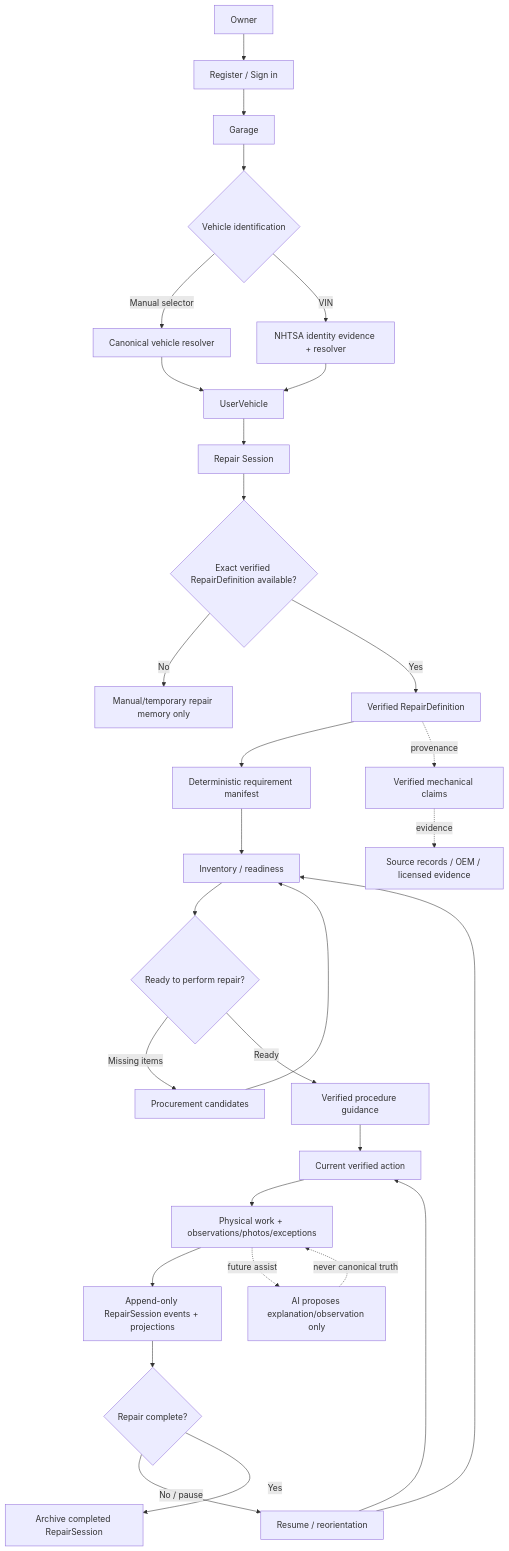
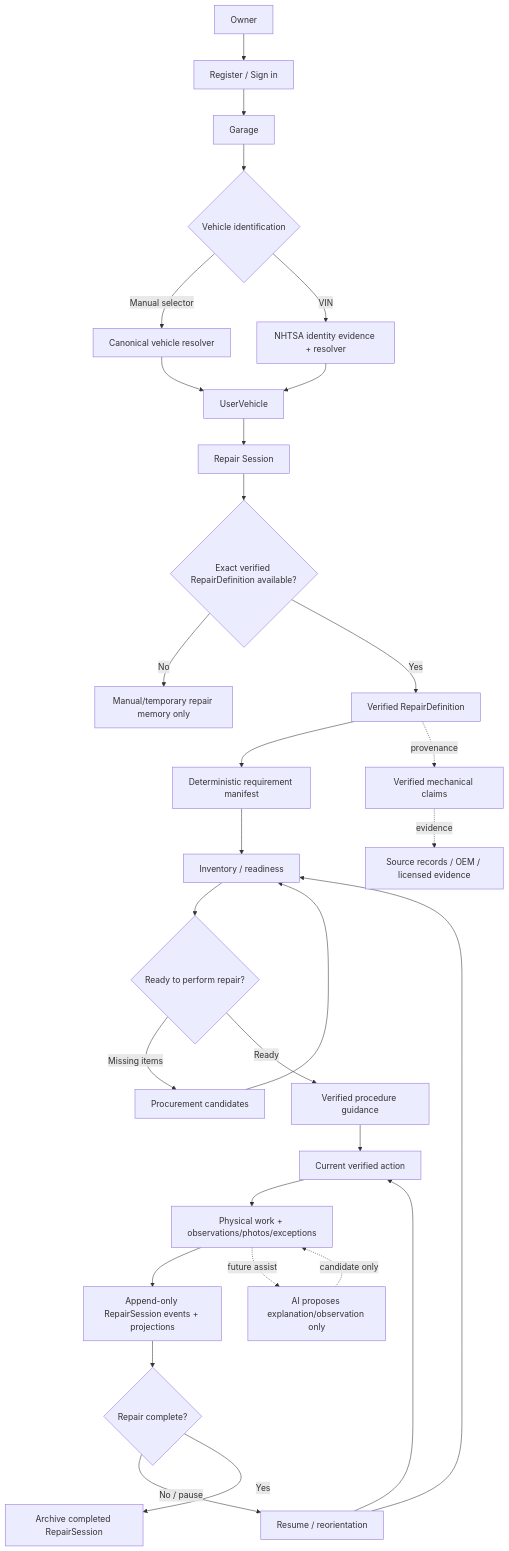
The first of 9 diagrams in docs/PARTGRAPH_SYSTEM_UML.md (Vivek-k24/forgebridge-demo), drawn with Mermaid before and after one commit. The commit also changed other lines of this file, not shown here.

Commit message:
Harden Mermaid UML rendering syntax

````diff
--- a/docs/PARTGRAPH_SYSTEM_UML.md
+++ b/docs/PARTGRAPH_SYSTEM_UML.md
@@ -15,36 +15,36 @@
 ```mermaid
 flowchart TD
     U[Owner] --> AUTH[Register / Sign in]
     AUTH --> GARAGE[Garage]
     GARAGE --> IDENTIFY{Vehicle identification}
     IDENTIFY -->|Manual selector| SELECT[Canonical vehicle resolver]
     IDENTIFY -->|VIN| VIN[NHTSA identity evidence + resolver]
     SELECT --> UV[UserVehicle]
     VIN --> UV
 
     UV --> RS[Repair Session]
     RS --> BIND{Exact verified RepairDefinition available?}
     BIND -->|No| MANUAL[Manual/temporary repair memory only]
     BIND -->|Yes| RD[Verified RepairDefinition]
 
     RD --> MANIFEST[Deterministic requirement manifest]
     MANIFEST --> READY[Inventory / readiness]
     READY --> HAVE{Ready to perform repair?}
     HAVE -->|Missing items| PROCURE[Procurement candidates]
     PROCURE --> READY
     HAVE -->|Ready| PROCEDURE[Verified procedure guidance]
 
     PROCEDURE --> ACTION[Current verified action]
     ACTION --> OBSERVE[Physical work + observations/photos/exceptions]
     OBSERVE --> STATE[Append-only RepairSession events + projections]
     STATE --> DONE{Repair complete?}
     DONE -->|No / pause| RESUME[Resume / reorientation]
     RESUME --> READY
     RESUME --> ACTION
     DONE -->|Yes| ARCHIVE[Archive completed RepairSession]
 
     RD -. provenance .-> CLAIMS[Verified mechanical claims]
     CLAIMS -. evidence .-> SOURCES[Source records / OEM / licensed evidence]
     OBSERVE -. future assist .-> AI[AI proposes explanation/observation only]
-    AI -. never canonical truth .-> OBSERVE
+    AI -. candidate only .-> OBSERVE
 ```
````
